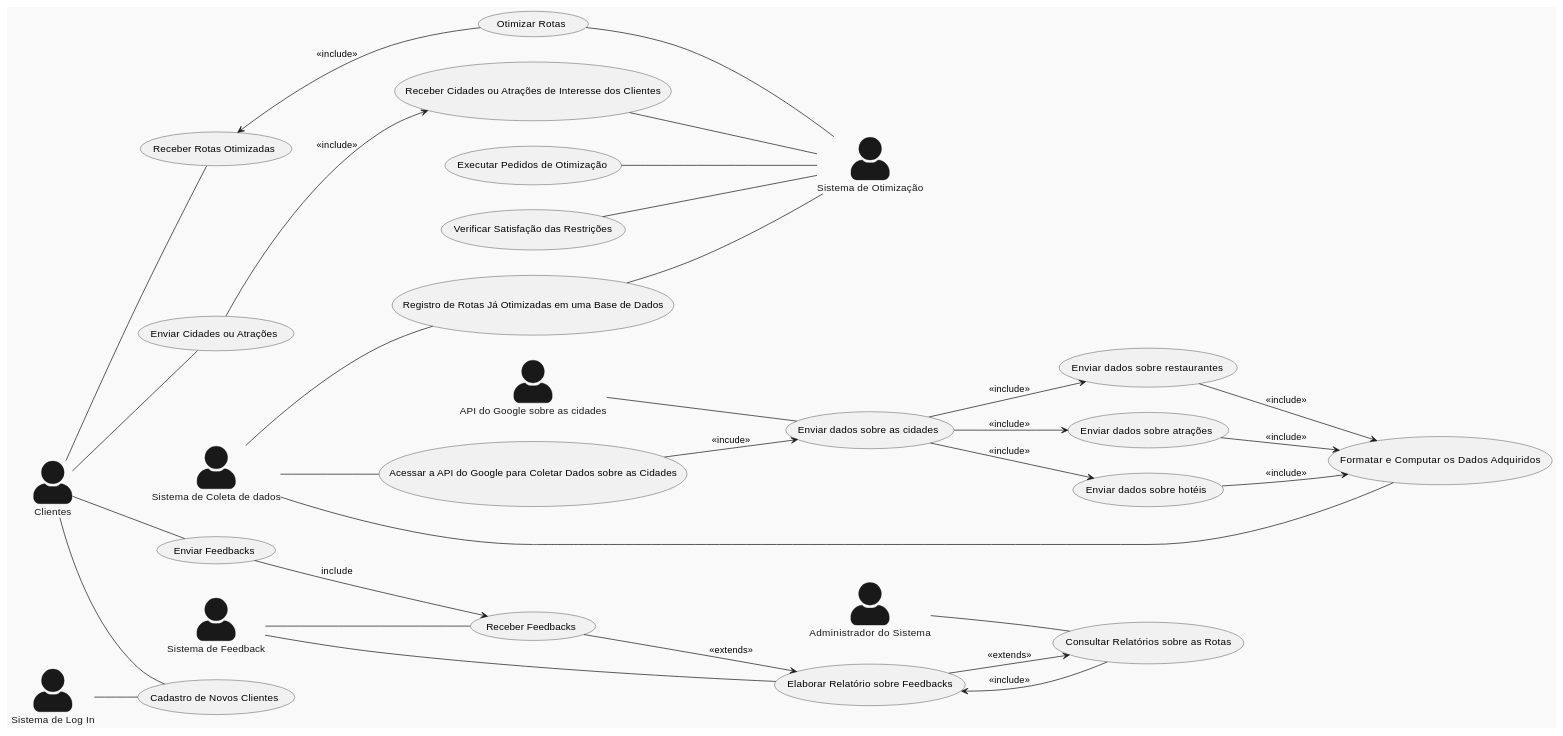
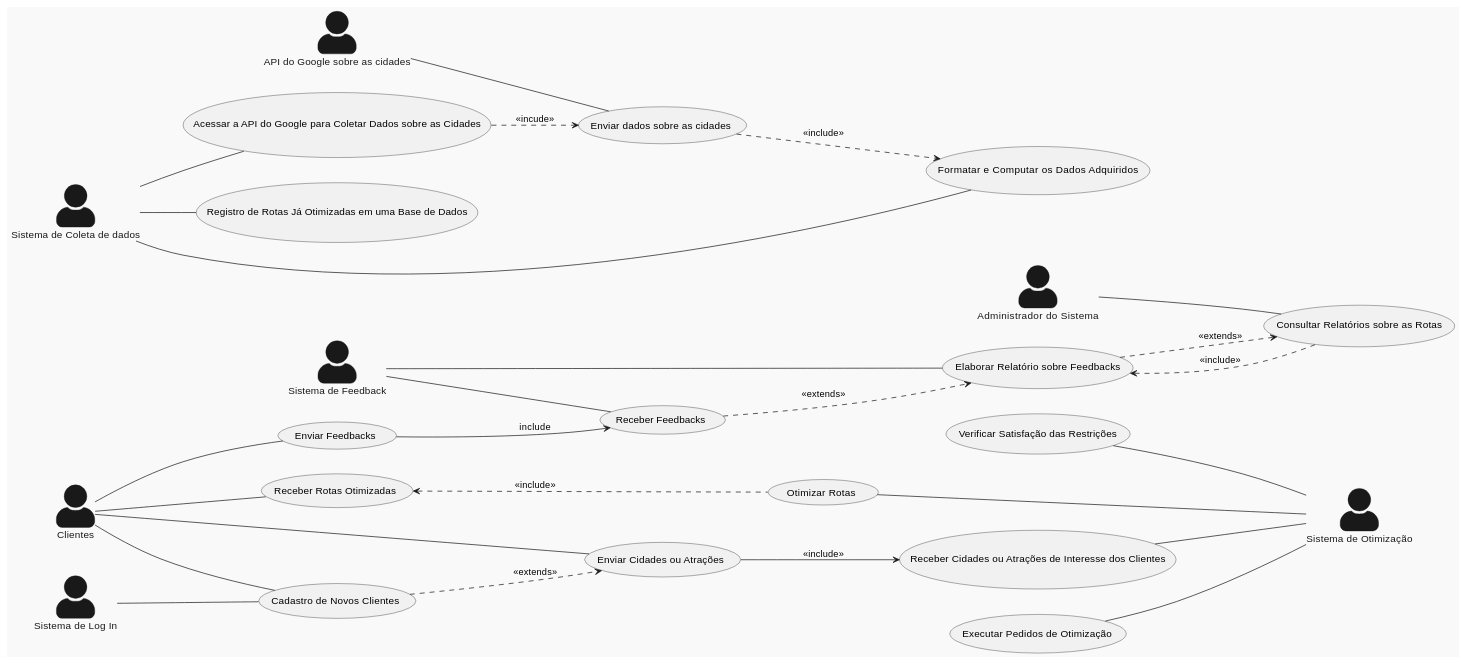
One commit to pedrodilallo/site_turismo_SIG changed the diagram in Relatório/Semana-1/Diagramas/DCU.md. Above: the diagram before and after it, drawn with PlantUML. The commit also changed 1 other file, not shown here.

```diff
--- a/Relatório/Semana-1/Diagramas/DCU.md
+++ b/Relatório/Semana-1/Diagramas/DCU.md
@@ -1,58 +1,52 @@
 @startuml
 skinparam actorStyle awesome
 !theme mars
 left to right direction
 
 actor "Clientes" as cliente
 actor "API do Google sobre as cidades" as API
 actor "Sistema de Otimização" as  otimizador
 actor "Administrador do Sistema" as sys_admin
 actor "Sistema de Feedback" as feedback
 actor "Sistema de Log In" as login
 actor "Sistema de Coleta de dados" as coletador
 
 cliente -- (Cadastro de Novos Clientes)
 cliente -- (Enviar Cidades ou Atrações)
 cliente -- (Enviar Feedbacks)
 cliente -- (Receber Rotas Otimizadas)
 
 
 
 login   --   (Cadastro de Novos Clientes)
+
 coletador -- (Acessar a API do Google para Coletar Dados sobre as Cidades)
 coletador -- (Registro de Rotas Já Otimizadas em uma Base de Dados)
+coletador -- (Formatar e Computar os Dados Adquiridos)
+
 
 feedback -- (Receber Feedbacks)
 feedback -- (Elaborar Relatório sobre Feedbacks)
 
 API -- (Enviar dados sobre as cidades)
 
+sys_admin -- (Consultar Relatórios sobre as Rotas)
+
 (Receber Cidades ou Atrações de Interesse dos Clientes) -- otimizador 
 (Otimizar Rotas) -- otimizador 
 (Executar Pedidos de Otimização) -- otimizador 
 (Verificar Satisfação das Restrições) -- otimizador 
-(Registro de Rotas Já Otimizadas em uma Base de Dados) -- otimizador 
-(Receber Rotas Otimizadas) <-- (Otimizar Rotas) : <<include>>
+(Receber Rotas Otimizadas) <.. (Otimizar Rotas) : <<include>>
 (Enviar Feedbacks) --> (Receber Feedbacks) : include
-(Receber Feedbacks) --> (Elaborar Relatório sobre Feedbacks) : <<extends>>
-(Elaborar Relatório sobre Feedbacks) --> (Consultar Relatórios sobre as Rotas) : <<extends>>
-(Consultar Relatórios sobre as Rotas) --> (Elaborar Relatório sobre Feedbacks) : <<include>>
+(Receber Feedbacks) ..> (Elaborar Relatório sobre Feedbacks) : <<extends>>
+(Elaborar Relatório sobre Feedbacks) ..> (Consultar Relatórios sobre as Rotas) : <<extends>>
+(Consultar Relatórios sobre as Rotas) ..> (Elaborar Relatório sobre Feedbacks) : <<include>>
+(Cadastro de Novos Clientes) ..> (Enviar Cidades ou Atrações) : <<extends>>
+(Enviar dados sobre as cidades) ..> (Formatar e Computar os Dados Adquiridos) : <<include>>
+(Enviar Cidades ou Atrações) -->  (Receber Cidades ou Atrações de Interesse dos Clientes) : <<include>>
+(Acessar a API do Google para Coletar Dados sobre as Cidades) ..> (Enviar dados sobre as cidades) : <<incude>>
 
-(Enviar dados sobre as cidades) --> (Enviar dados sobre atrações) : <<include>>
-(Enviar dados sobre as cidades) --> (Enviar dados sobre hotéis) : <<include>>
-(Enviar dados sobre as cidades) --> (Enviar dados sobre restaurantes) : <<include>>
 
-(Acessar a API do Google para Coletar Dados sobre as Cidades) --> (Enviar dados sobre as cidades) : <<incude>>
-
-(Enviar dados sobre atrações) --> (Formatar e Computar os Dados Adquiridos) : <<include>>
-(Enviar dados sobre hotéis) --> (Formatar e Computar os Dados Adquiridos) : <<include>>
-(Enviar dados sobre restaurantes) --> (Formatar e Computar os Dados Adquiridos) : <<include>>
-
-coletador -- (Formatar e Computar os Dados Adquiridos)
-
-(Enviar Cidades ou Atrações) -->  (Receber Cidades ou Atrações de Interesse dos Clientes) : <<include>>
-
-sys_admin -- (Consultar Relatórios sobre as Rotas)
 
 
 @enduml
```
